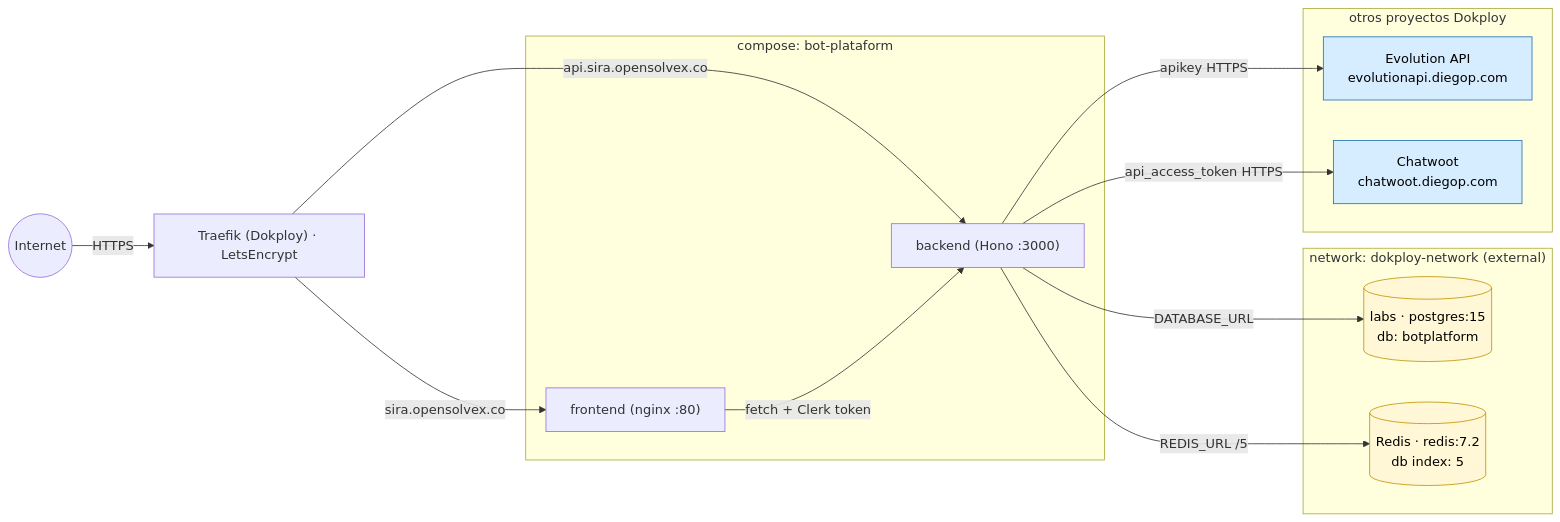
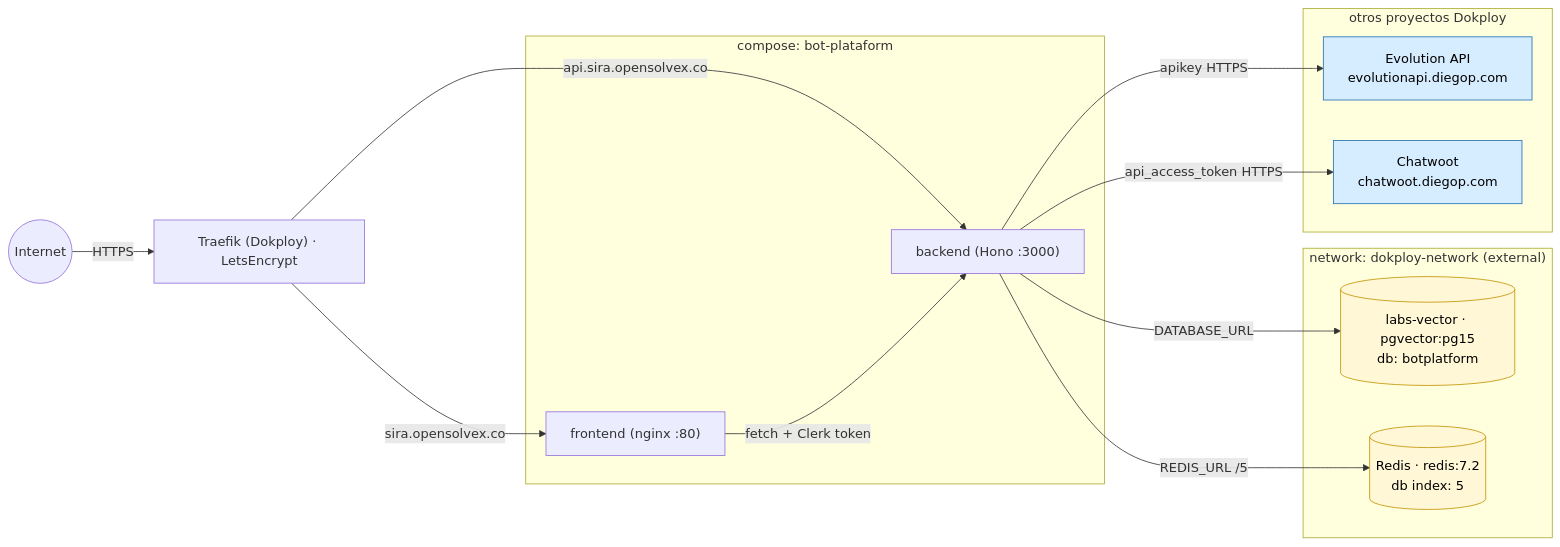
Before and after one commit to diegoapb/bot-platform: the diagram in infra/dokploy/README.md, drawn with Mermaid. The commit also changed other lines of this file and 7 other files, not shown here.

````diff
--- a/infra/dokploy/README.md
+++ b/infra/dokploy/README.md
@@ -15,31 +15,31 @@
 ```mermaid
 flowchart LR
   Internet((Internet)) -->|HTTPS| Traefik["Traefik (Dokploy) · LetsEncrypt"]
   Traefik -->|sira.opensolvex.co| FE["frontend (nginx :80)"]
   Traefik -->|api.sira.opensolvex.co| BE["backend (Hono :3000)"]
 
   subgraph Compose["compose: bot-plataform"]
     FE
     BE
   end
 
   subgraph Net["network: dokploy-network (external)"]
-    PG[("labs · postgres:15<br/>db: botplatform")]
+    PG[("labs-vector · pgvector:pg15<br/>db: botplatform")]
     RD[("Redis · redis:7.2<br/>db index: 5")]
   end
   subgraph Dokploy["otros proyectos Dokploy"]
     EA["Evolution API<br/>evolutionapi.diegop.com"]
     CW["Chatwoot<br/>chatwoot.diegop.com"]
   end
 
   BE -->|DATABASE_URL| PG
   BE -->|REDIS_URL /5| RD
   BE -->|apikey HTTPS| EA
   BE -->|api_access_token HTTPS| CW
   FE -->|fetch + Clerk token| BE
 
   classDef shared fill:#fff7d6,stroke:#c19200,color:#000
   classDef ext fill:#d6ecff,stroke:#1e6fb5,color:#000
   class PG,RD shared
   class EA,CW ext
 ```
````
